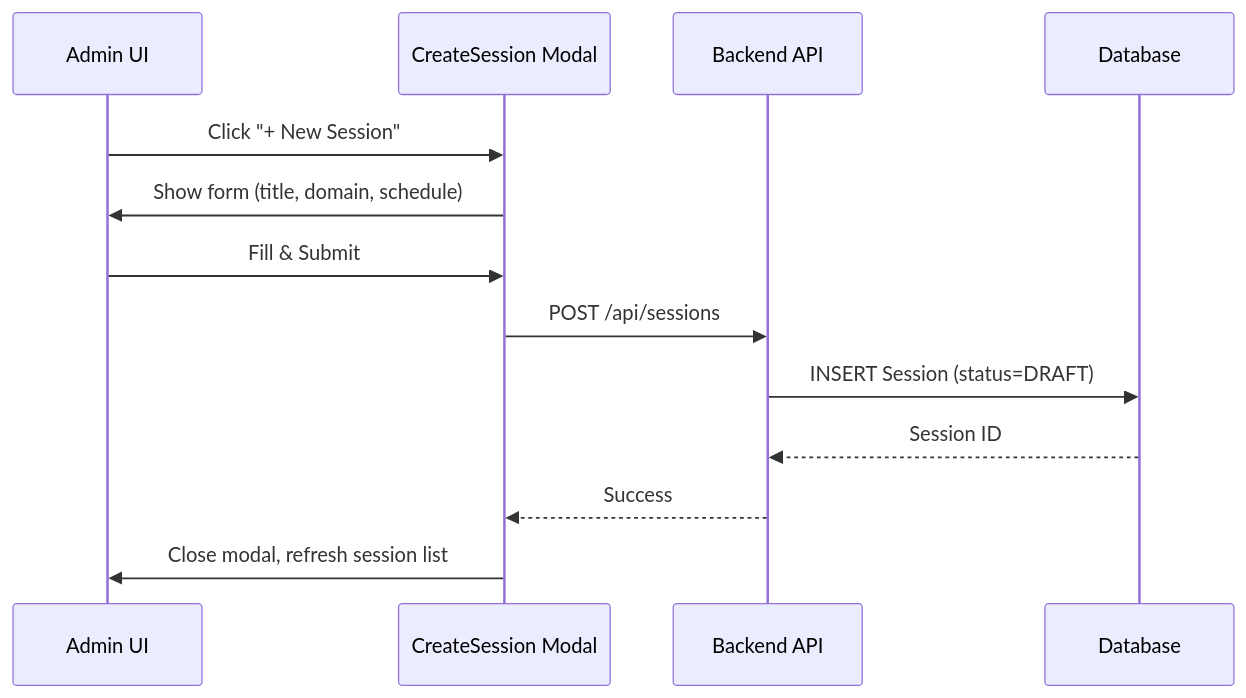
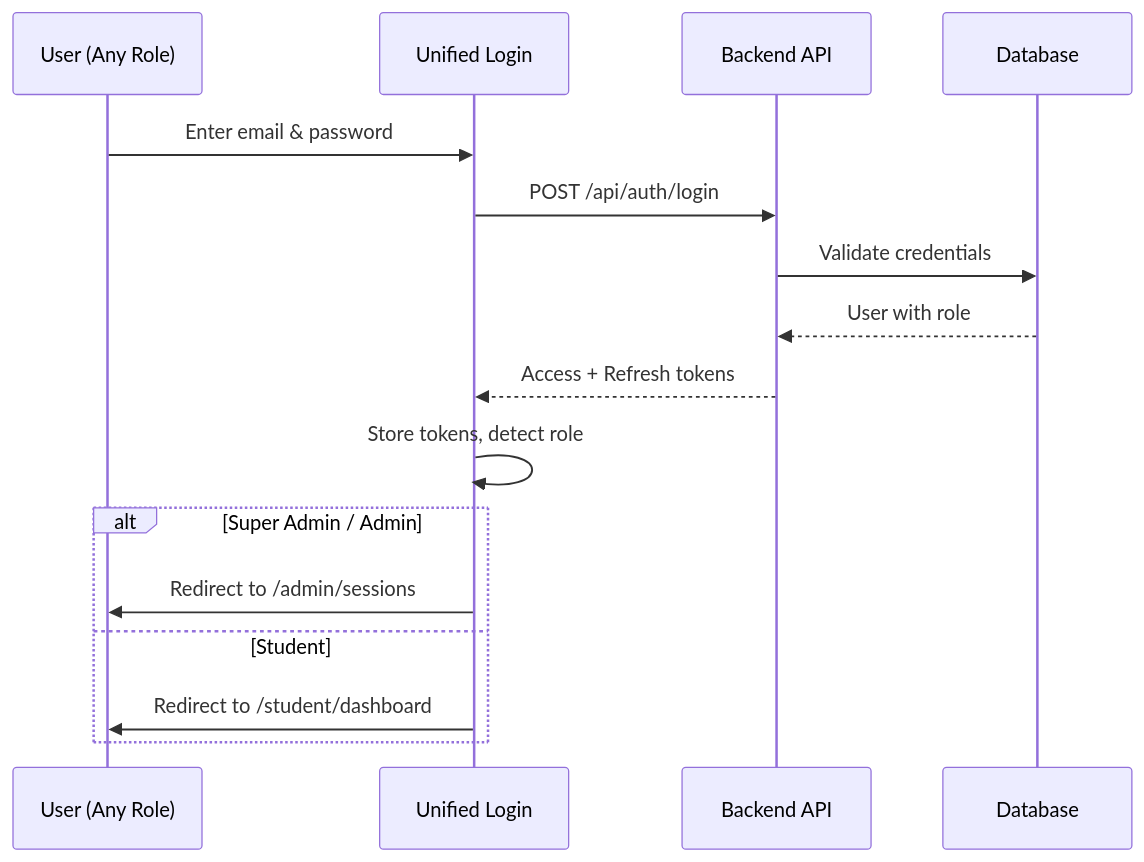
The third of 6 diagrams in PROJECT_DOCUMENTATION.md (bhagyeshmagar/smartqr-attendance), drawn with Mermaid before and after one commit. The commit also changed other lines of this file, not shown here.

````diff
--- a/PROJECT_DOCUMENTATION.md
+++ b/PROJECT_DOCUMENTATION.md
@@ -99,15 +222,19 @@
 ```mermaid
 sequenceDiagram
-    participant Admin as Admin UI
-    participant Modal as CreateSession Modal
+    participant User as User (Any Role)
+    participant LoginPage as Unified Login
     participant API as Backend API
     participant DB as Database
-    Admin->>Modal: Click "+ New Session"
-    Modal->>Admin: Show form (title, domain, schedule)
-    Admin->>Modal: Fill & Submit
-    Modal->>API: POST /api/sessions
-    API->>DB: INSERT Session (status=DRAFT)
-    DB-->>API: Session ID
-    API-->>Modal: Success
-    Modal->>Admin: Close modal, refresh session list
+    
+    User->>LoginPage: Enter email & password
+    LoginPage->>API: POST /api/auth/login
+    API->>DB: Validate credentials
+    DB-->>API: User with role
+    API-->>LoginPage: Access + Refresh tokens
+    LoginPage->>LoginPage: Store tokens, detect role
+    alt Super Admin / Admin
+        LoginPage->>User: Redirect to /admin/sessions
+    else Student
+        LoginPage->>User: Redirect to /student/dashboard
+    end
 ```
````
